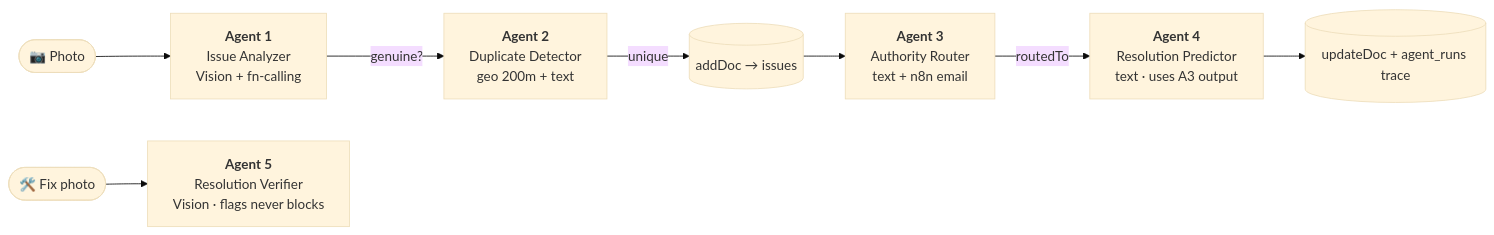
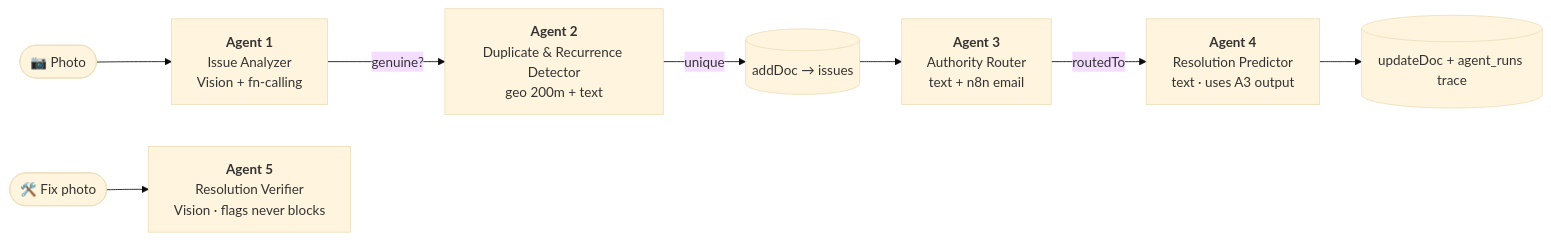
One commit to siddhesh8k/janashakti changed the first of 3 diagrams in README.md. Above: the diagram before and after it, drawn with Mermaid (base theme). The commit also changed other lines of this file and 2 other files, not shown here.

First line of the commit message:
docs: cover recurrence detection in SUBMISSION, TIMELINE, README

````diff
--- a/README.md
+++ b/README.md
@@ -147,11 +147,11 @@
 ```mermaid
 flowchart LR
     Photo([📷 Photo]) --> A1
     A1["<b>Agent 1</b><br/>Issue Analyzer<br/>Vision + fn-calling"]
-    A1 -->|genuine?| A2["<b>Agent 2</b><br/>Duplicate Detector<br/>geo 200m + text"]
+    A1 -->|genuine?| A2["<b>Agent 2</b><br/>Duplicate & Recurrence Detector<br/>geo 200m + text"]
     A2 -->|unique| Save[(addDoc → issues)]
     Save --> A3["<b>Agent 3</b><br/>Authority Router<br/>text + n8n email"]
     A3 -->|routedTo| A4["<b>Agent 4</b><br/>Resolution Predictor<br/>text · uses A3 output"]
     A4 --> Persist[(updateDoc + agent_runs trace)]
     Fix([🛠️ Fix photo]) --> A5["<b>Agent 5</b><br/>Resolution Verifier<br/>Vision · flags never blocks"]
 ```
````
